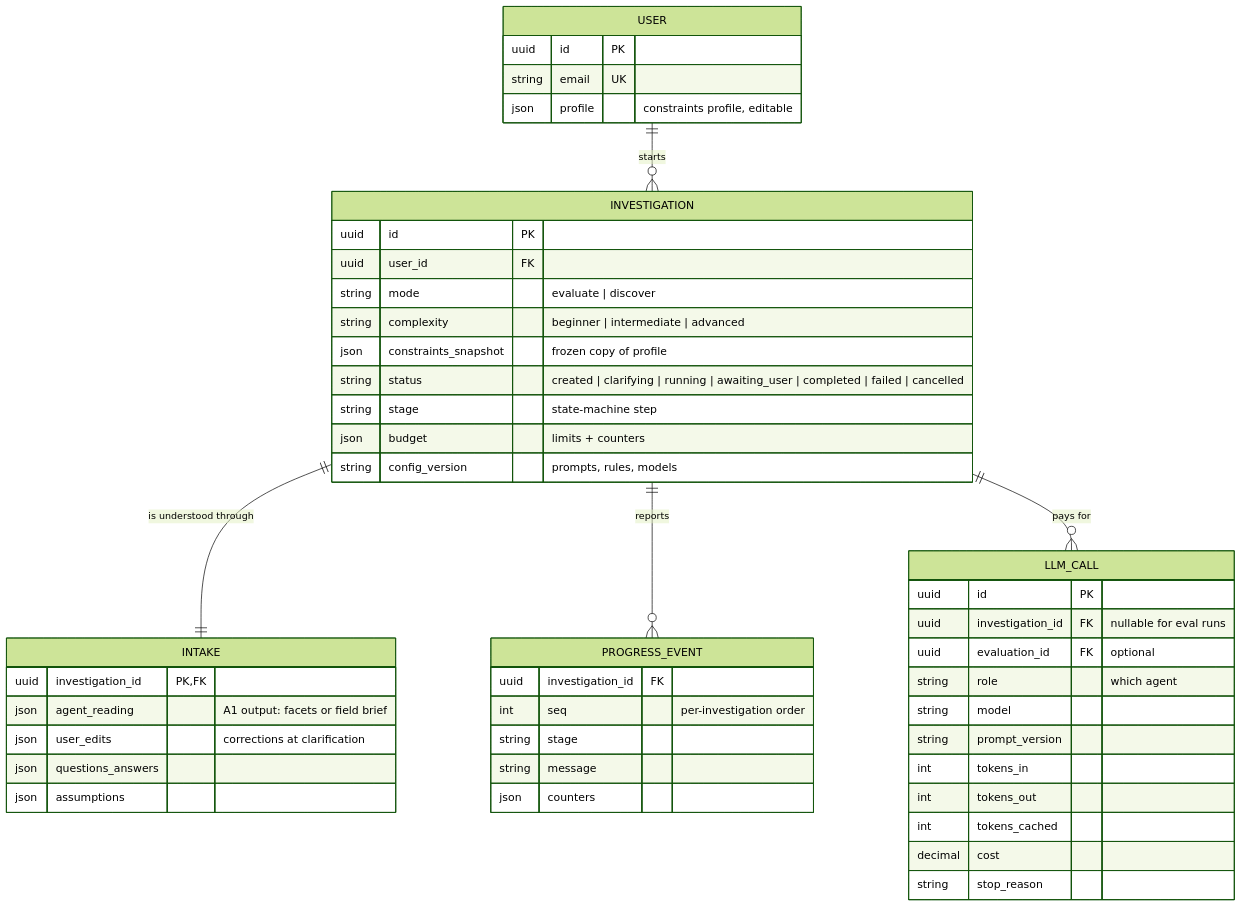
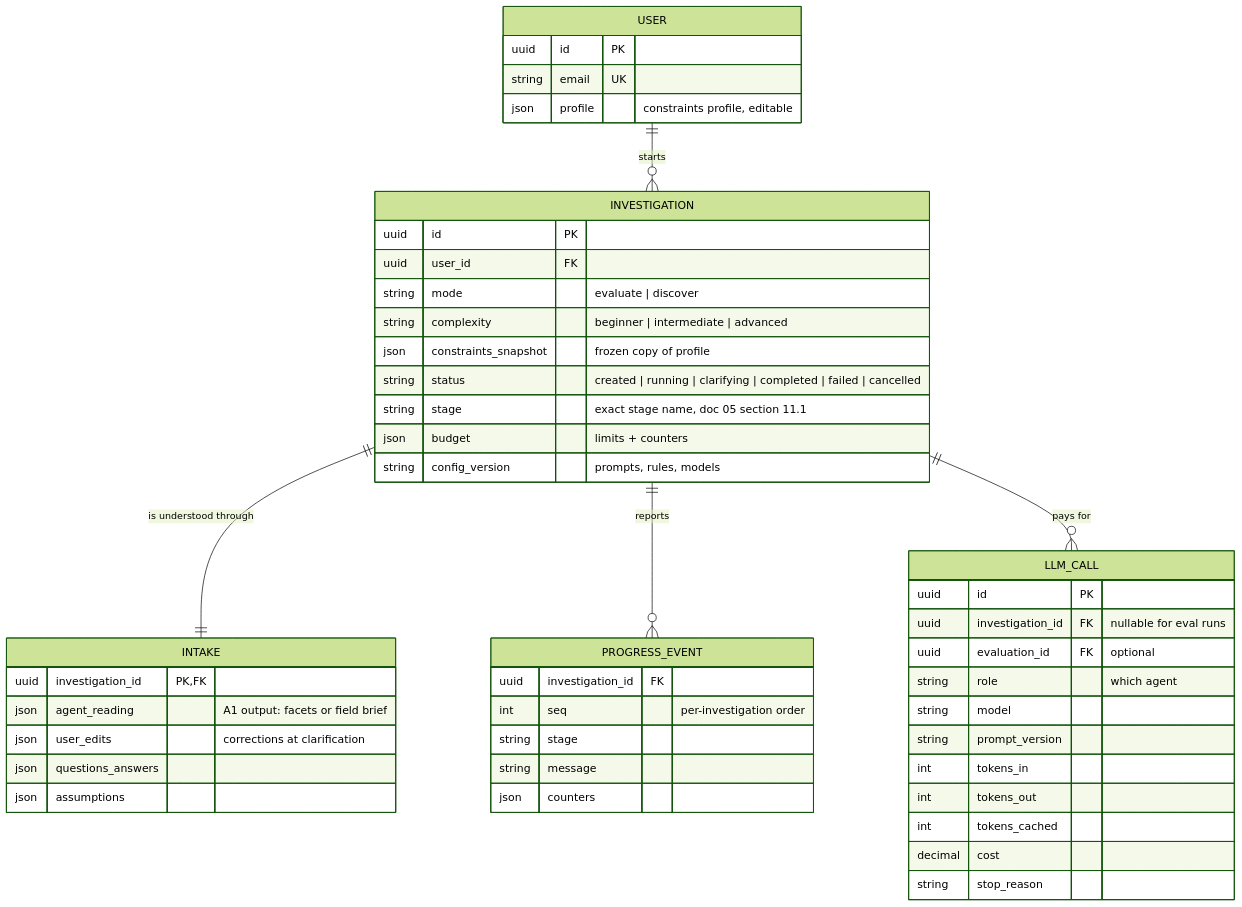
The second of 7 diagrams in docs/er-model.md (PhkhakadzeJumber/research-ai-agent), drawn with Mermaid (forest theme) before and after one commit. The commit also changed other lines of this file and 2 other files, not shown here.

Commit message:
Add formal state graph for the orchestrator, evaluations and candidates

````diff
--- a/docs/er-model.md
+++ b/docs/er-model.md
@@ -103,51 +103,51 @@
 ```mermaid
 erDiagram
   USER ||--o{ INVESTIGATION : "starts"
   INVESTIGATION ||--|| INTAKE : "is understood through"
   INVESTIGATION ||--o{ PROGRESS_EVENT : "reports"
   INVESTIGATION ||--o{ LLM_CALL : "pays for"
 
   USER {
     uuid id PK
     string email UK
     json profile "constraints profile, editable"
   }
   INVESTIGATION {
     uuid id PK
     uuid user_id FK
     string mode "evaluate | discover"
     string complexity "beginner | intermediate | advanced"
     json constraints_snapshot "frozen copy of profile"
-    string status "created | clarifying | running | awaiting_user | completed | failed | cancelled"
-    string stage "state-machine step"
+    string status "created | running | clarifying | completed | failed | cancelled"
+    string stage "exact stage name, doc 05 section 11.1"
     json budget "limits + counters"
     string config_version "prompts, rules, models"
   }
   INTAKE {
     uuid investigation_id PK, FK
     json agent_reading "A1 output: facets or field brief"
     json user_edits "corrections at clarification"
     json questions_answers
     json assumptions
   }
   PROGRESS_EVENT {
     uuid investigation_id FK
     int seq "per-investigation order"
     string stage
     string message
     json counters
   }
   LLM_CALL {
     uuid id PK
     uuid investigation_id FK "nullable for eval runs"
     uuid evaluation_id FK "optional"
     string role "which agent"
     string model
     string prompt_version
     int tokens_in
     int tokens_out
     int tokens_cached
     decimal cost
     string stop_reason
   }
 ```
````
